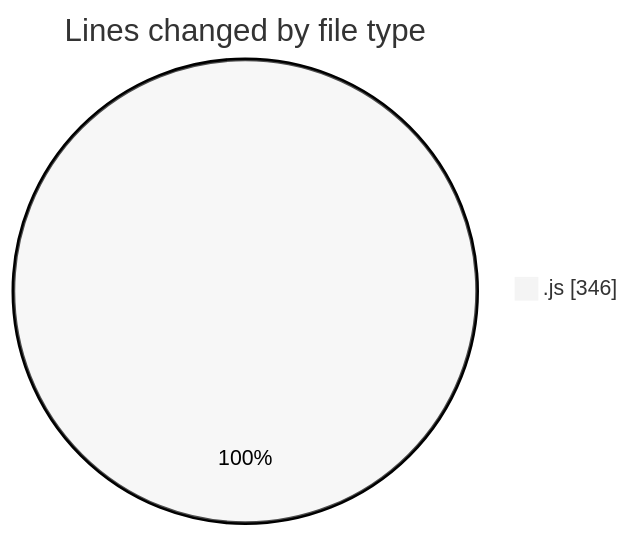
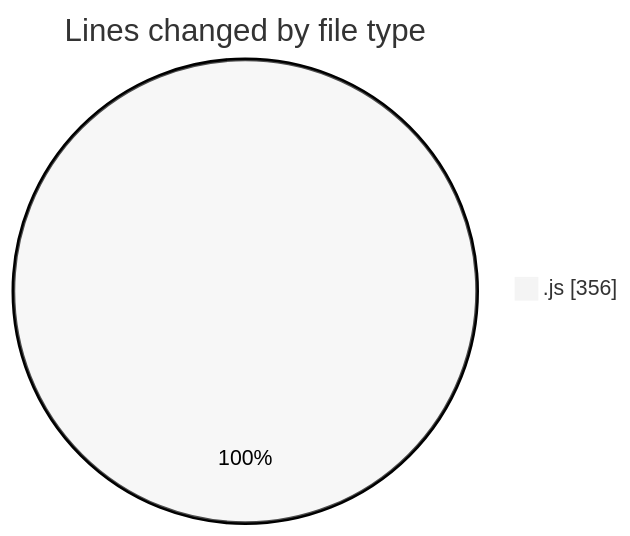
The first of 2 diagrams in 2025-04-08/nxtqube_webapp/README.md (nxtqubesakshisongat/code-tracking), drawn with Mermaid (neutral theme) before and after one commit. The commit also changed other lines of this file and 1 other file, not shown here.

````diff
--- a/2025-04-08/nxtqube_webapp/README.md
+++ b/2025-04-08/nxtqube_webapp/README.md
@@ -20,5 +20,5 @@
 ```mermaid
 pie showData
 title Lines changed by file type
-".js" : 346
+".js" : 356
 ```
````
